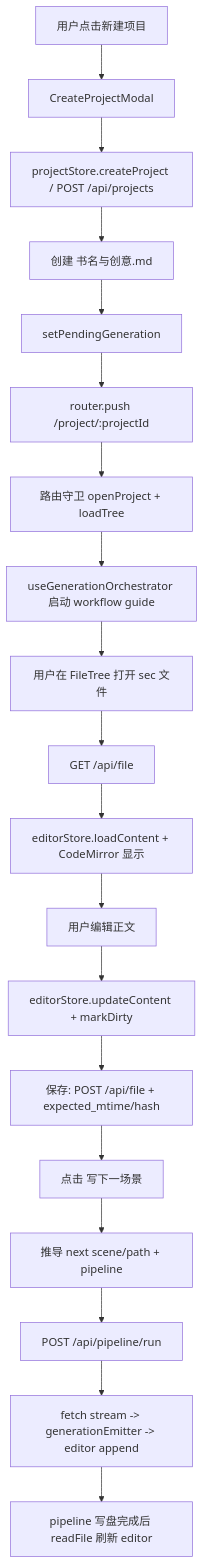
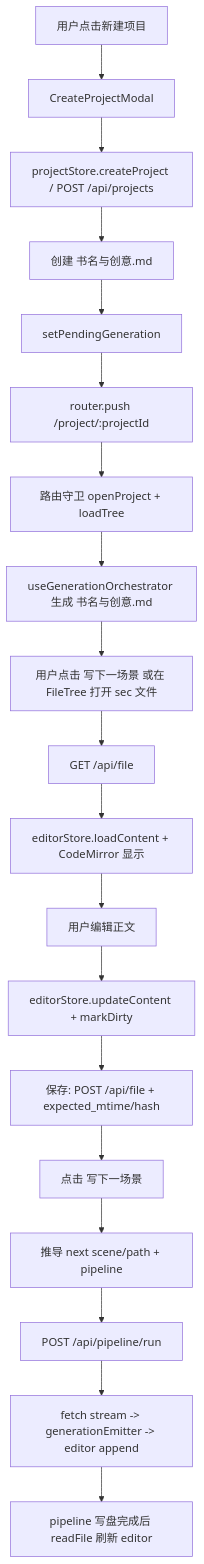
Before and after one commit to wuyinglai/moyun-studio: the first of 4 diagrams in docs/frontend-user-flow.md, drawn with Mermaid. The commit also changed other lines of this file and 12 other files, not shown here.

````diff
--- a/docs/frontend-user-flow.md
+++ b/docs/frontend-user-flow.md
@@ -340,21 +340,21 @@
 ```mermaid
 flowchart TD
   A["用户点击新建项目"] --> B["CreateProjectModal"]
   B --> C["projectStore.createProject / POST /api/projects"]
   C --> D["创建 书名与创意.md"]
   D --> E["setPendingGeneration"]
   E --> F["router.push /project/:projectId"]
   F --> G["路由守卫 openProject + loadTree"]
-  G --> H["useGenerationOrchestrator 启动 workflow guide"]
-  H --> I["用户在 FileTree 打开 sec 文件"]
+  G --> H["useGenerationOrchestrator 生成 书名与创意.md"]
+  H --> I["用户点击 写下一场景 或在 FileTree 打开 sec 文件"]
   I --> J["GET /api/file"]
   J --> K["editorStore.loadContent + CodeMirror 显示"]
   K --> L["用户编辑正文"]
   L --> M["editorStore.updateContent + markDirty"]
   M --> N["保存: POST /api/file + expected_mtime/hash"]
   N --> O["点击 写下一场景"]
   O --> P["推导 next scene/path + pipeline"]
   P --> Q["POST /api/pipeline/run"]
   Q --> R["fetch stream -> generationEmitter -> editor append"]
   R --> S["pipeline 写盘完成后 readFile 刷新 editor"]
 ```
````
